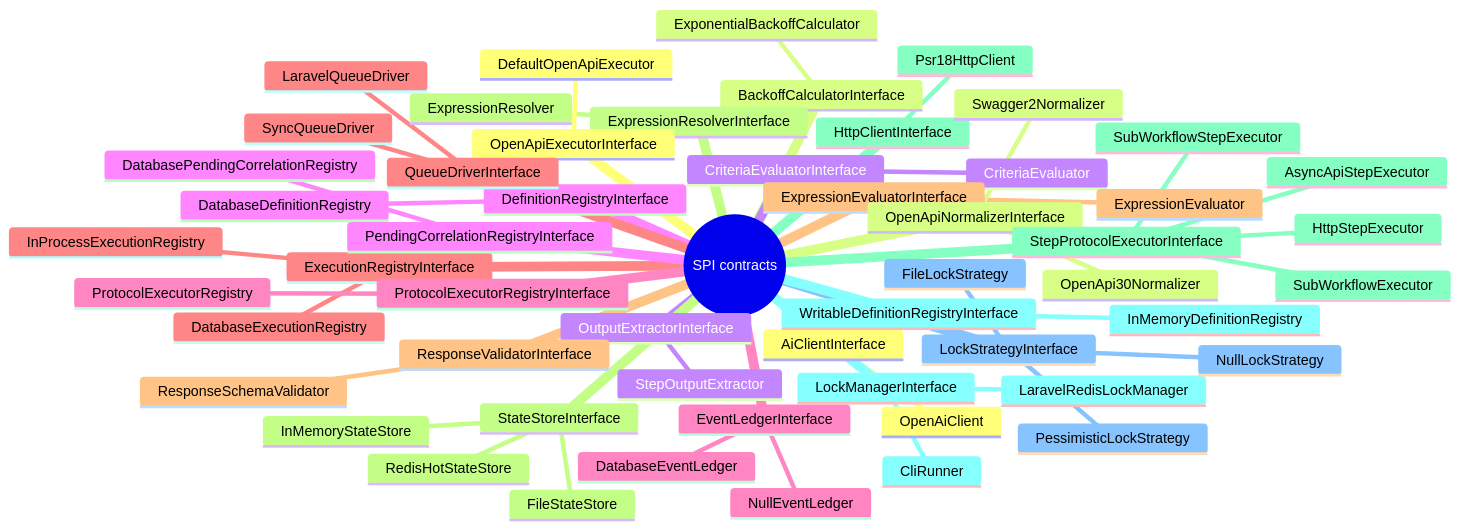
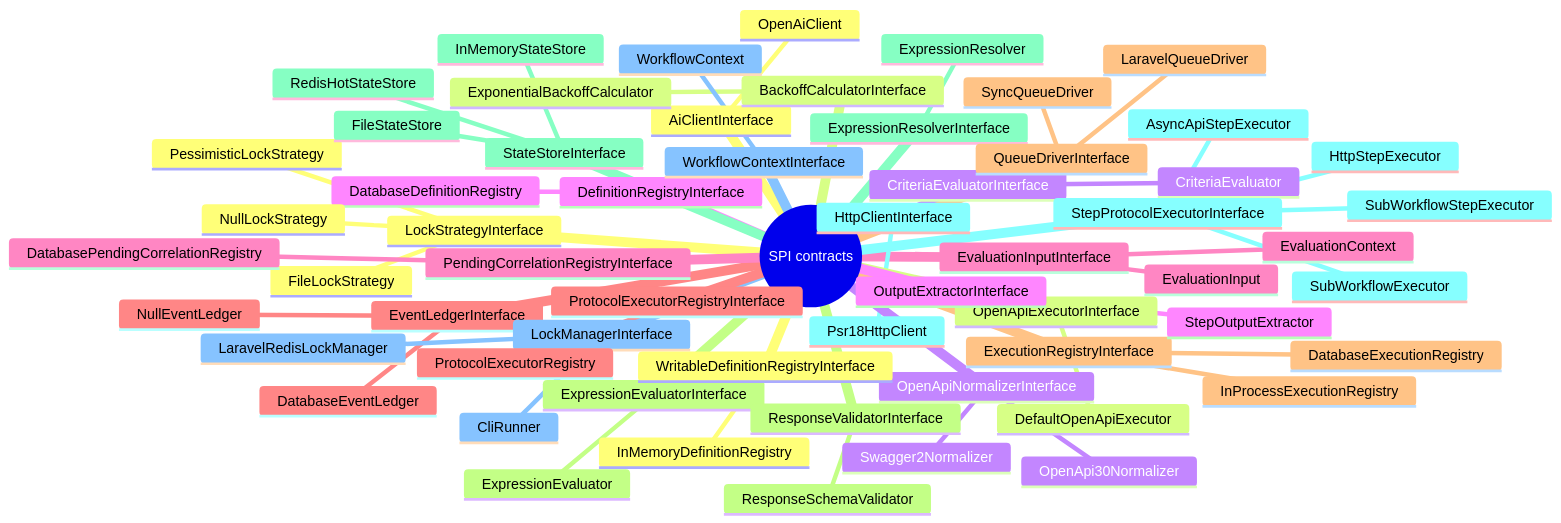
One commit to Mohammed-Alama/php-arazzo changed the diagram in docs/generated/extension-points.md. Above: the diagram before and after it, drawn with Mermaid. The commit also changed other lines of this file and 21 other files, not shown here.

Commit message:
refactor(expression): extract WorkflowContextInterface shared kernel to fix Expression→Evaluation layering

````diff
--- a/docs/generated/extension-points.md
+++ b/docs/generated/extension-points.md
@@ -12,58 +12,63 @@
 ```mermaid
 mindmap
   root((SPI contracts))
     AiClientInterface
       OpenAiClient
     BackoffCalculatorInterface
       ExponentialBackoffCalculator
     CriteriaEvaluatorInterface
       CriteriaEvaluator
     DefinitionRegistryInterface
       DatabaseDefinitionRegistry
+    EvaluationInputInterface
+      EvaluationContext
+      EvaluationInput
     EventLedgerInterface
       NullEventLedger
       DatabaseEventLedger
     ExecutionRegistryInterface
       InProcessExecutionRegistry
       DatabaseExecutionRegistry
     ExpressionEvaluatorInterface
       ExpressionEvaluator
     ExpressionResolverInterface
       ExpressionResolver
     HttpClientInterface
       Psr18HttpClient
     LockManagerInterface
       CliRunner
       LaravelRedisLockManager
     LockStrategyInterface
       FileLockStrategy
       NullLockStrategy
       PessimisticLockStrategy
     OpenApiExecutorInterface
       DefaultOpenApiExecutor
     OpenApiNormalizerInterface
       Swagger2Normalizer
       OpenApi30Normalizer
     OutputExtractorInterface
       StepOutputExtractor
     PendingCorrelationRegistryInterface
       DatabasePendingCorrelationRegistry
     ProtocolExecutorRegistryInterface
       ProtocolExecutorRegistry
     QueueDriverInterface
       SyncQueueDriver
       LaravelQueueDriver
     ResponseValidatorInterface
       ResponseSchemaValidator
     StateStoreInterface
       FileStateStore
       InMemoryStateStore
       RedisHotStateStore
     StepProtocolExecutorInterface
       HttpStepExecutor
       SubWorkflowExecutor
       AsyncApiStepExecutor
       SubWorkflowStepExecutor
+    WorkflowContextInterface
+      WorkflowContext
     WritableDefinitionRegistryInterface
       InMemoryDefinitionRegistry
 ```
````
